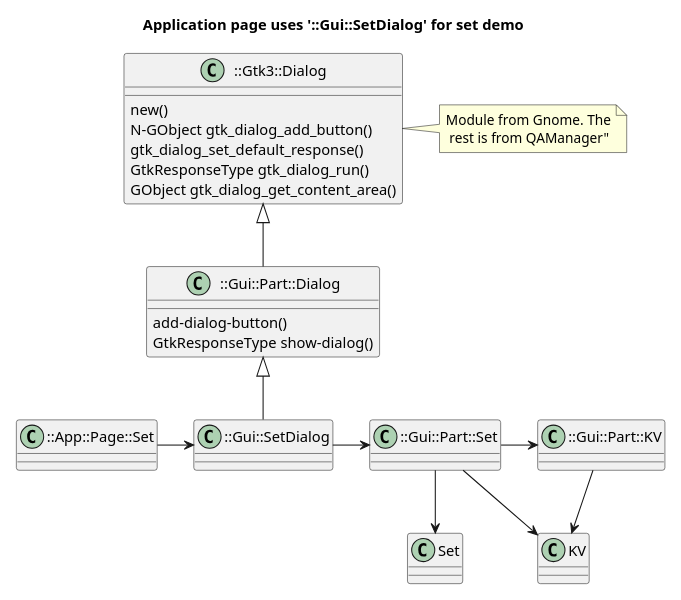
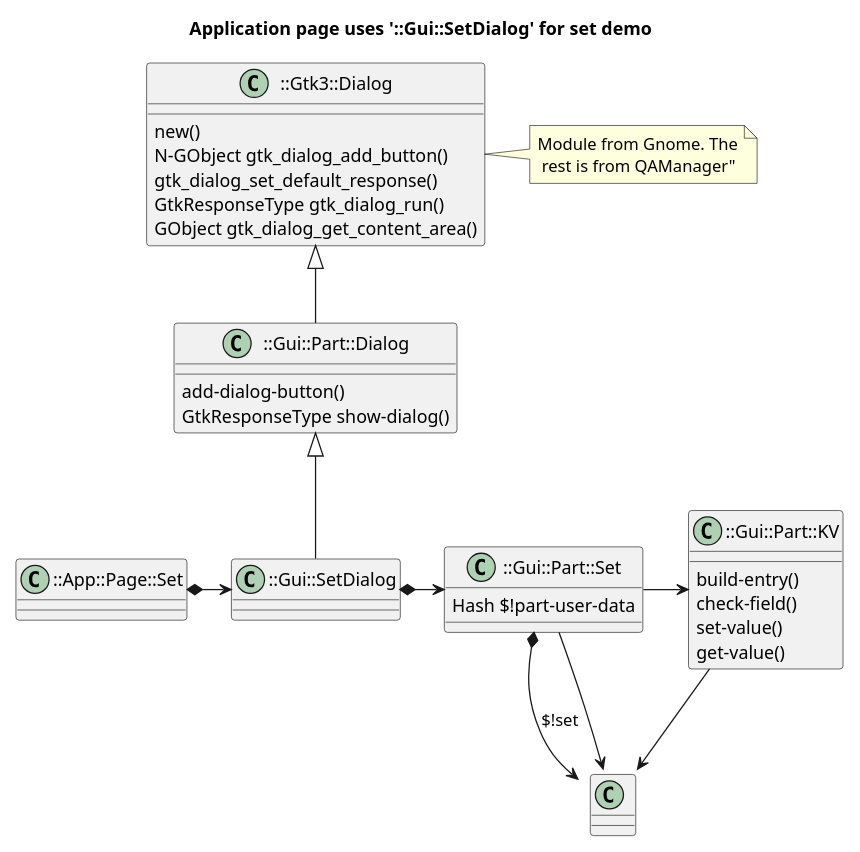
Before and after one commit to MARTIMM/qa-manager: the fourth of 4 diagrams in doc/design.md, drawn with PlantUML. The commit also changed other lines of this file, not shown here.

````diff
--- a/doc/design.md
+++ b/doc/design.md
@@ -445,35 +453,43 @@
 ```plantuml
-scale 0.7
+scale 0.85
 title "Application page uses '::Gui::SetDialog' for set demo"
 
 class "::Gtk3::Dialog" as Gtk3dialog {
   new()
   N-GObject gtk_dialog_add_button()
   gtk_dialog_set_default_response()
   GtkResponseType gtk_dialog_run()
   GObject gtk_dialog_get_content_area()
 }
 note right of Gtk3dialog: Module from Gnome. The\n rest is from QAManager"
 
 class "::App::Page::Set" as APset
 
 class "::Gui::Part::Dialog" as GPdialog {
   add-dialog-button()
   GtkResponseType show-dialog()
 }
 
-class "::Gui::Part::Set" as GPset
-class "::Gui::Part::KV" as GPkv
+class "::Gui::Part::Set" as GPset {
+  Hash $!part-user-data
+}
+
+class "::Gui::Part::KV" as GPkv {
+  build-entry()
+  check-field()
+  set-value()
+  get-value()
+}
 
 class "::Gui::SetDialog" as GSdialog
 
 Gtk3dialog <|-- GPdialog
 GPdialog <|-- GSdialog
-GSdialog -> GPset
+GSdialog *-> GPset
 GPset -> GPkv
-GPset --> Set
-GPset --> KV
-GPkv --> KV
+GPset *--> ::Set: $!set
+GPset --> ::KV
+GPkv --> ::KV
 
-APset -> GSdialog
+APset *-> GSdialog
 ```
````
